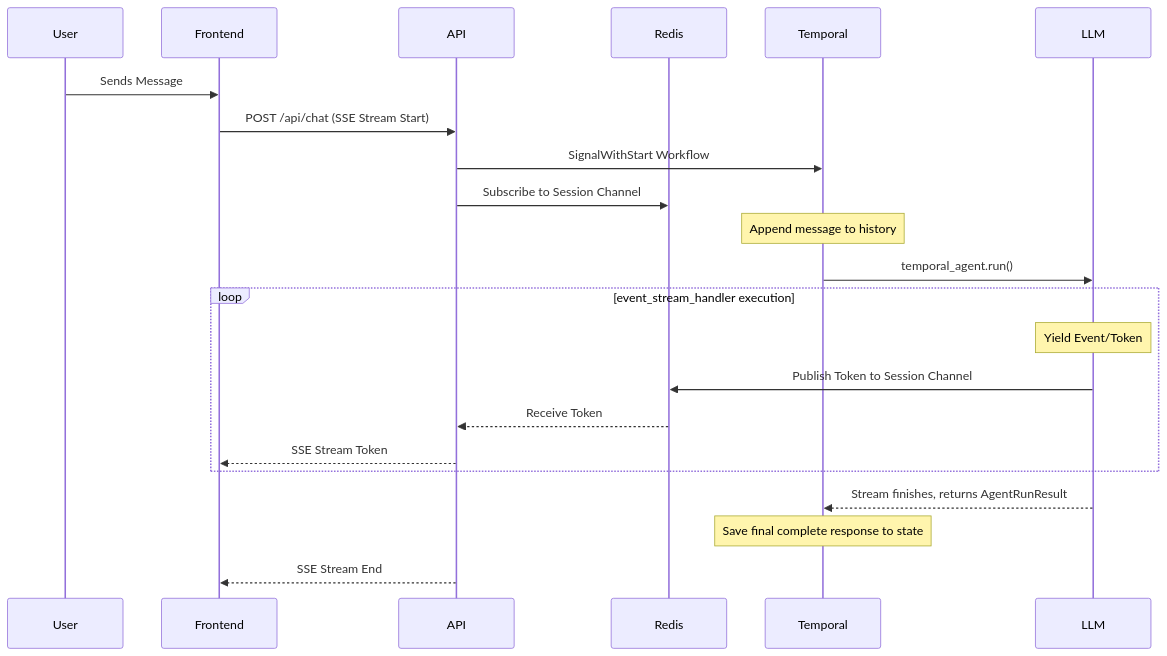
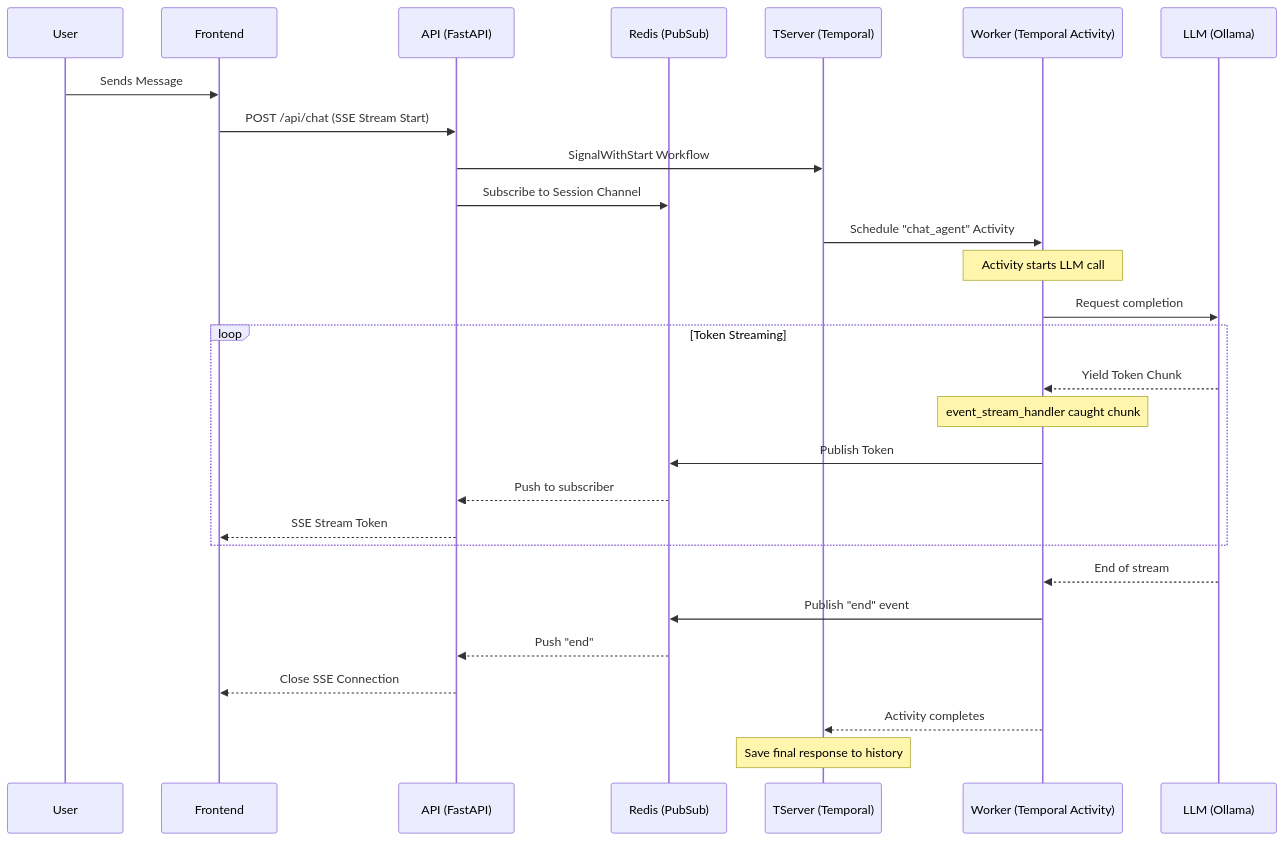
One commit to ChickenWhisky/tempChat changed the second of 2 diagrams in README.md. Above: the diagram before and after it, drawn with Mermaid. The commit also changed other lines of this file and 8 other files, not shown here.

Commit message:
feat: Add comprehensive architecture documentation, streaming mechanism details, and a video demonstration script.

````diff
--- a/README.md
+++ b/README.md
@@ -63,28 +64,35 @@
 ```mermaid
 sequenceDiagram
     participant User
     participant Frontend
-    participant API
-    participant Redis
-    participant Temporal
-    participant LLM
+    participant API (FastAPI)
+    participant Redis (PubSub)
+    participant TServer (Temporal)
+    participant Worker (Temporal Activity)
+    participant LLM (Ollama)
 
     User->>Frontend: Sends Message
-    Frontend->>API: POST /api/chat (SSE Stream Start)
-    API->>Temporal: SignalWithStart Workflow
-    API->>Redis: Subscribe to Session Channel
+    Frontend->>API (FastAPI): POST /api/chat (SSE Stream Start)
+    API (FastAPI)->>TServer (Temporal): SignalWithStart Workflow
+    API (FastAPI)->>Redis (PubSub): Subscribe to Session Channel
     
-    Note over Temporal: Append message to history
-    Temporal->>LLM: temporal_agent.run()
+    TServer (Temporal)->>Worker (Temporal Activity): Schedule "chat_agent" Activity
     
-    loop event_stream_handler execution
-        Note over LLM: Yield Event/Token
-        LLM->>Redis: Publish Token to Session Channel
-        Redis-->>API: Receive Token
-        API-->>Frontend: SSE Stream Token
+    Note over Worker (Temporal Activity): Activity starts LLM call
+    Worker (Temporal Activity)->>LLM (Ollama): Request completion
+    
+    loop Token Streaming
+        LLM (Ollama)-->>Worker (Temporal Activity): Yield Token Chunk
+        Note over Worker (Temporal Activity): event_stream_handler caught chunk
+        Worker (Temporal Activity)->>Redis (PubSub): Publish Token
+        Redis (PubSub)-->>API (FastAPI): Push to subscriber
+        API (FastAPI)-->>Frontend: SSE Stream Token
     end
     
-    LLM-->>Temporal: Stream finishes, returns AgentRunResult
-    Note over Temporal: Save final complete response to state
-    API-->>Frontend: SSE Stream End
+    LLM (Ollama)-->>Worker (Temporal Activity): End of stream
+    Worker (Temporal Activity)->>Redis (PubSub): Publish "end" event
+    Redis (PubSub)-->>API (FastAPI): Push "end"
+    API (FastAPI)-->>Frontend: Close SSE Connection
+    Worker (Temporal Activity)-->>TServer (Temporal): Activity completes
+    Note over TServer (Temporal): Save final response to history
 ```
````
